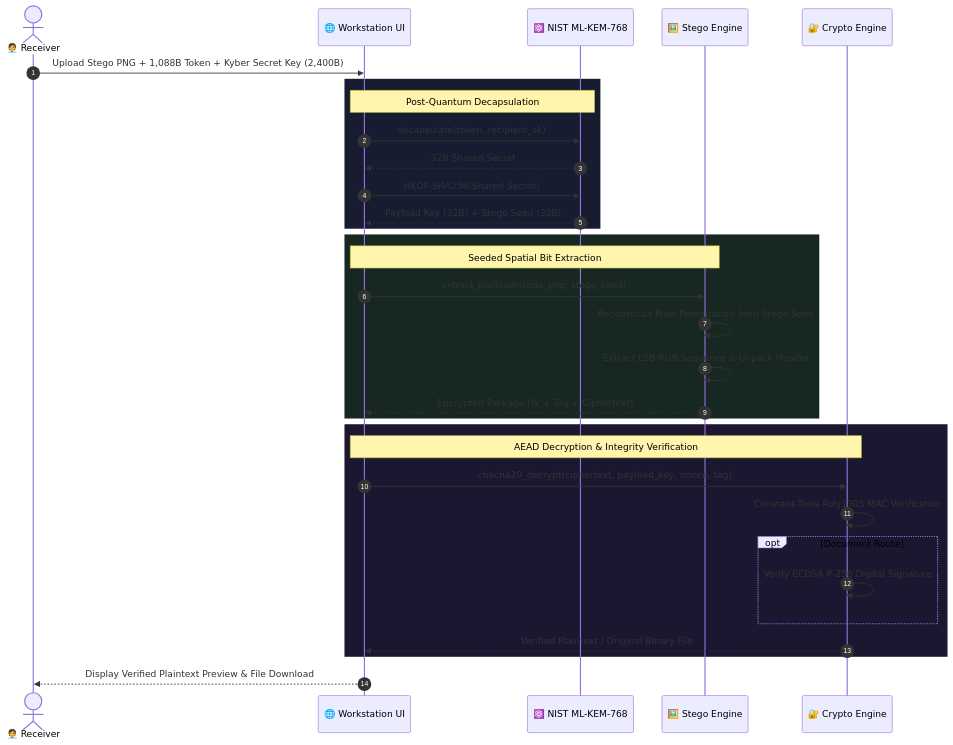
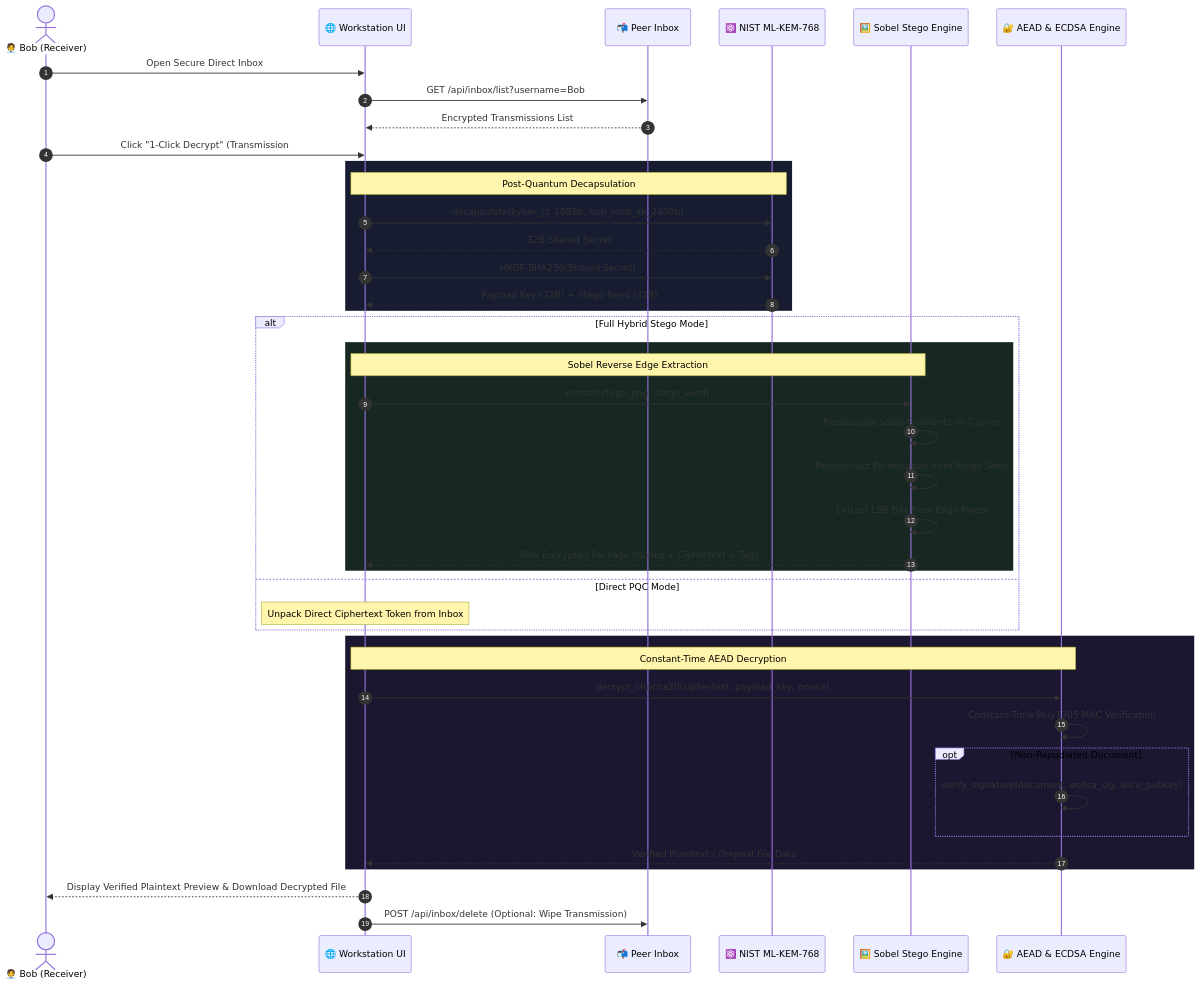
The third of 4 diagrams in README.md (yousiff139-lang/FGP), drawn with Mermaid before and after one commit. The commit also changed other lines of this file, not shown here.

Commit message:
docs: update README with Argon2id auth, public directory, peer inbox, and updated Mermaid diagrams

````diff
--- a/README.md
+++ b/README.md
@@ -183,41 +220,51 @@
 ```mermaid
 sequenceDiagram
     autonumber
-    actor Receiver as 🧑‍💼 Receiver
+    actor Bob as 🧑‍💼 Bob (Receiver)
     participant UI as 🌐 Workstation UI
+    participant Inbox as 📬 Peer Inbox
     participant Kyber as ⚛️ NIST ML-KEM-768
-    participant Stego as 🖼️ Stego Engine
-    participant Crypto as 🔐 Crypto Engine
+    participant Stego as 🖼️ Sobel Stego Engine
+    participant Crypto as 🔐 AEAD & ECDSA Engine
 
-    Receiver->>UI: Upload Stego PNG + 1,088B Token + Kyber Secret Key (2,400B)
-    
+    Bob->>UI: Open Secure Direct Inbox
+    UI->>Inbox: GET /api/inbox/list?username=Bob
+    Inbox-->>UI: Encrypted Transmissions List
+    Bob->>UI: Click "1-Click Decrypt" (Transmission #1)
+
     rect rgb(23, 28, 48)
         Note over UI,Kyber: Post-Quantum Decapsulation
-        UI->>Kyber: decapsulate(token, recipient_sk)
+        UI->>Kyber: decapsulate(kyber_ct_1088b, bob_local_sk_2400b)
         Kyber-->>UI: 32B Shared Secret
         UI->>Kyber: HKDF-SHA256(Shared Secret)
         Kyber-->>UI: Payload Key (32B) + Stego Seed (32B)
     end
 
-    rect rgb(23, 40, 35)
-        Note over UI,Stego: Seeded Spatial Bit Extraction
-        UI->>Stego: extract_payload(stego_png, stego_seed)
-        Stego->>Stego: Reconstruct Pixel Permutation from Stego Seed
-        Stego->>Stego: Extract LSB RGB Sequence & Unpack Header
-        Stego-->>UI: Encrypted Package (IV + Tag + Ciphertext)
+    alt Full Hybrid Stego Mode
+        rect rgb(23, 40, 35)
+            Note over UI,Stego: Sobel Reverse Edge Extraction
+            UI->>Stego: extract(stego_png, stego_seed)
+            Stego->>Stego: Recalculate Sobel Gradients on Carrier
+            Stego->>Stego: Reconstruct Permutation from Stego Seed
+            Stego->>Stego: Extract LSB Bits from Edge Pixels
+            Stego-->>UI: Raw Encrypted Package (Nonce + Ciphertext + Tag)
+        end
+    else Direct PQC Mode
+        Note over UI: Unpack Direct Ciphertext Token from Inbox
     end
 
     rect rgb(28, 23, 48)
-        Note over UI,Crypto: AEAD Decryption & Integrity Verification
-        UI->>Crypto: chacha20_decrypt(ciphertext, payload_key, nonce, tag)
+        Note over UI,Crypto: Constant-Time AEAD Decryption
+        UI->>Crypto: decrypt_chacha20(ciphertext, payload_key, nonce)
         Crypto->>Crypto: Constant-Time Poly1305 MAC Verification
         
-        opt Document Route
-            Crypto->>Crypto: Verify ECDSA P-256 Digital Signature
+        opt Non-Repudiated Document
+            Crypto->>Crypto: verify_signature(document, ecdsa_sig, alice_pubkey)
         end
         
-        Crypto-->>UI: Verified Plaintext / Original Binary File
+        Crypto-->>UI: Verified Plaintext / Original File Data
     end
 
-    UI-->>Receiver: Display Verified Plaintext Preview & File Download
+    UI-->>Bob: Display Verified Plaintext Preview & Download Decrypted File
+    UI->>Inbox: POST /api/inbox/delete (Optional: Wipe Transmission)
 ```
````
